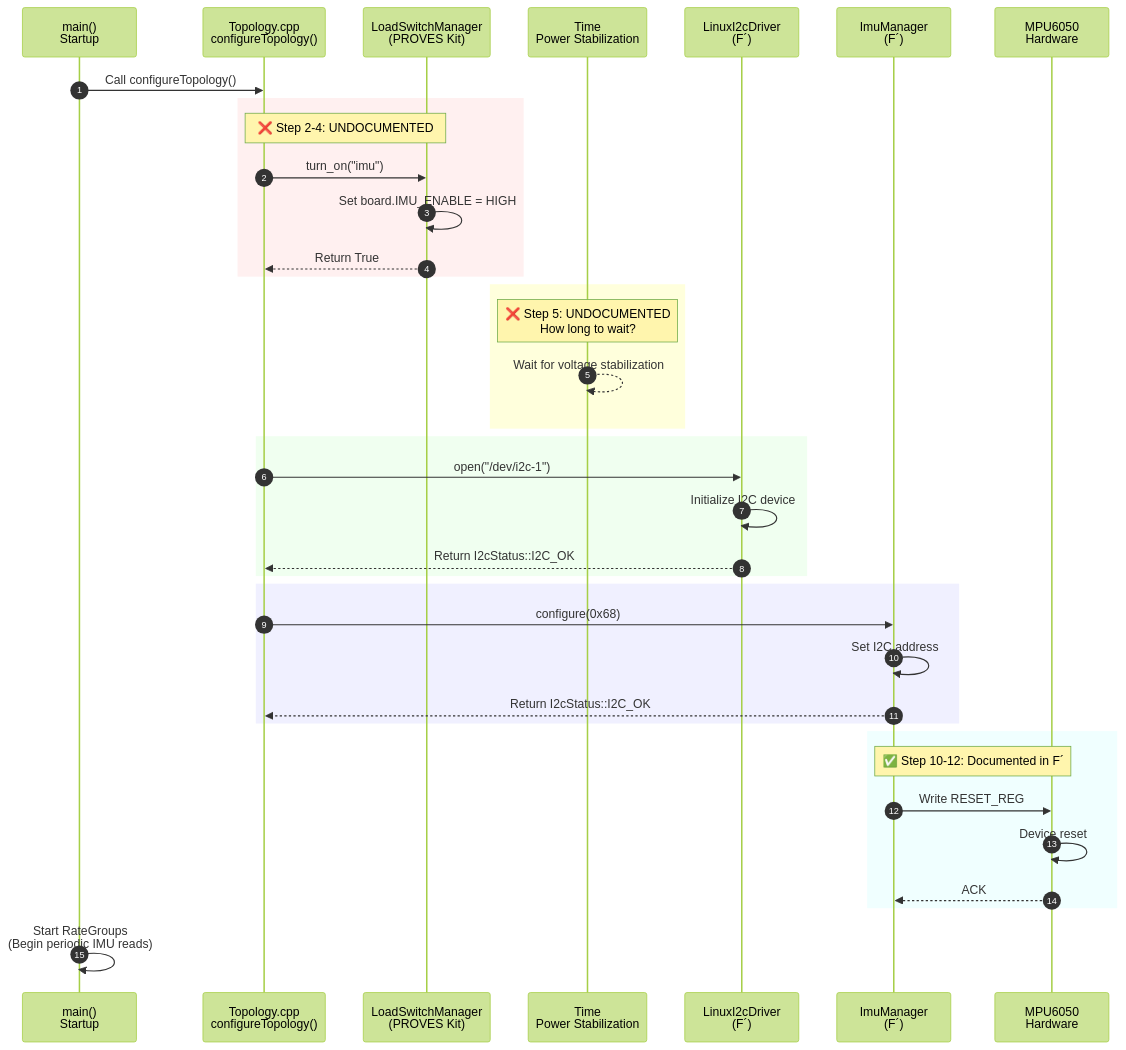
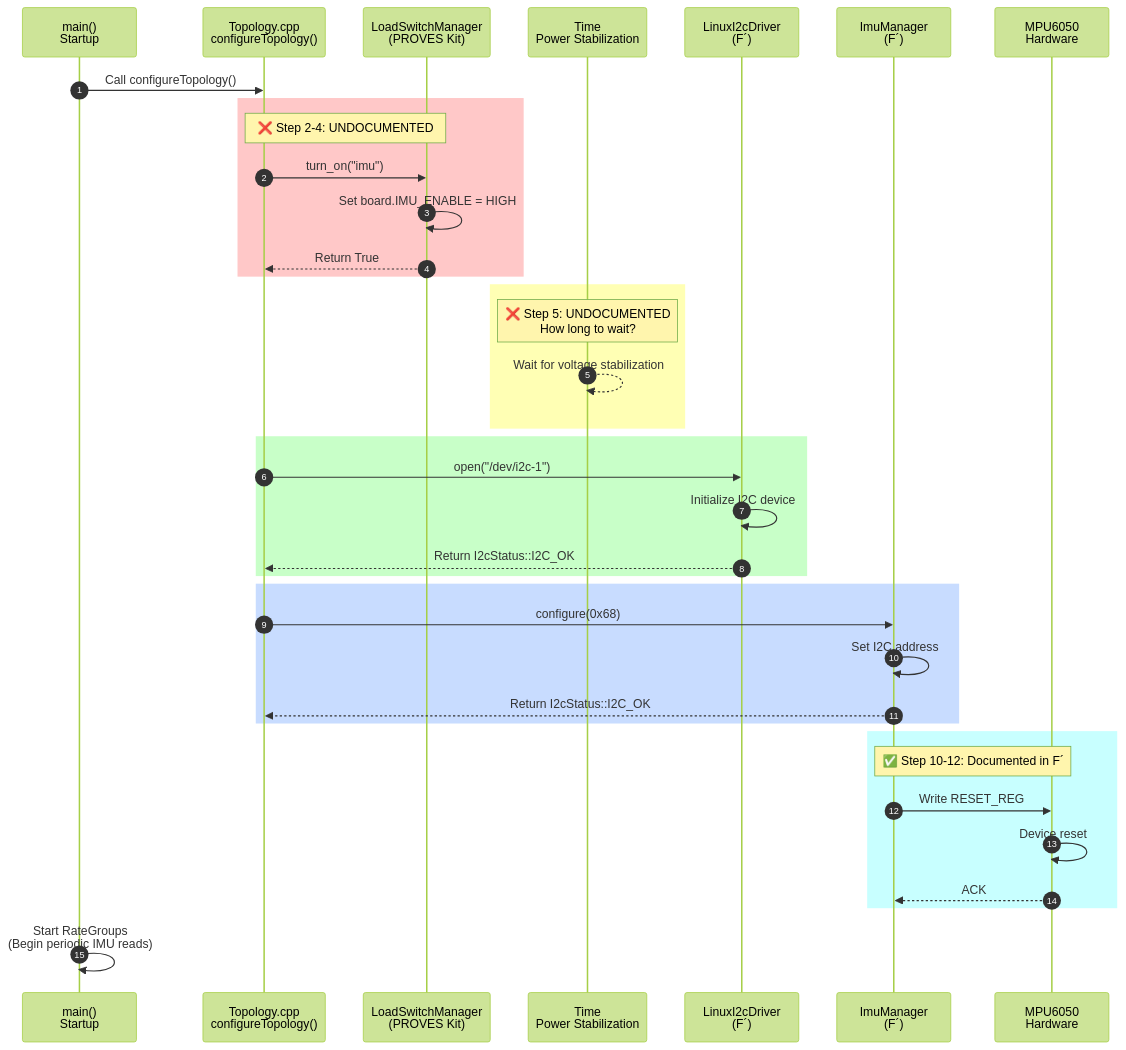
Before and after one commit to Lizo-RoadTown/PROVES_LIBRARY: the second of 6 diagrams in docs/diagrams/transitive-chains.md, drawn with Mermaid (forest theme). The commit also changed 3 other files, not shown here.

First line of the commit message:
Fix temporal ordering diagram color visibility

````diff
--- a/docs/diagrams/transitive-chains.md
+++ b/docs/diagrams/transitive-chains.md
@@ -147,46 +147,46 @@
 ```mermaid
 sequenceDiagram
     autonumber
     participant Main as main()<br/>Startup
     participant Topo as Topology.cpp<br/>configureTopology()
     participant LSM as LoadSwitchManager<br/>(PROVES Kit)
     participant Delay as Time<br/>Power Stabilization
     participant BD as LinuxI2cDriver<br/>(F´)
     participant IM as ImuManager<br/>(F´)
     participant HW as MPU6050<br/>Hardware
 
     Main->>Topo: Call configureTopology()
 
-    rect rgb(255, 240, 240)
+    rect rgb(255, 200, 200)
         Note over Topo,LSM: ❌ Step 2-4: UNDOCUMENTED
         Topo->>LSM: turn_on("imu")
         LSM->>LSM: Set board.IMU_ENABLE = HIGH
         LSM-->>Topo: Return True
     end
 
-    rect rgb(255, 255, 220)
+    rect rgb(255, 255, 180)
         Note over Delay: ❌ Step 5: UNDOCUMENTED<br/>How long to wait?
         Delay-->>Delay: Wait for voltage stabilization
     end
 
-    rect rgb(240, 255, 240)
+    rect rgb(200, 255, 200)
         Topo->>BD: open("/dev/i2c-1")
         BD->>BD: Initialize I2C device
         BD-->>Topo: Return I2cStatus::I2C_OK
     end
 
-    rect rgb(240, 240, 255)
+    rect rgb(200, 220, 255)
         Topo->>IM: configure(0x68)
         IM->>IM: Set I2C address
         IM-->>Topo: Return I2cStatus::I2C_OK
     end
 
-    rect rgb(240, 255, 255)
+    rect rgb(200, 255, 255)
         Note over IM,HW: ✅ Step 10-12: Documented in F´
         IM->>HW: Write RESET_REG
         HW->>HW: Device reset
         HW-->>IM: ACK
     end
 
     Main->>Main: Start RateGroups<br/>(Begin periodic IMU reads)
 ```
````
